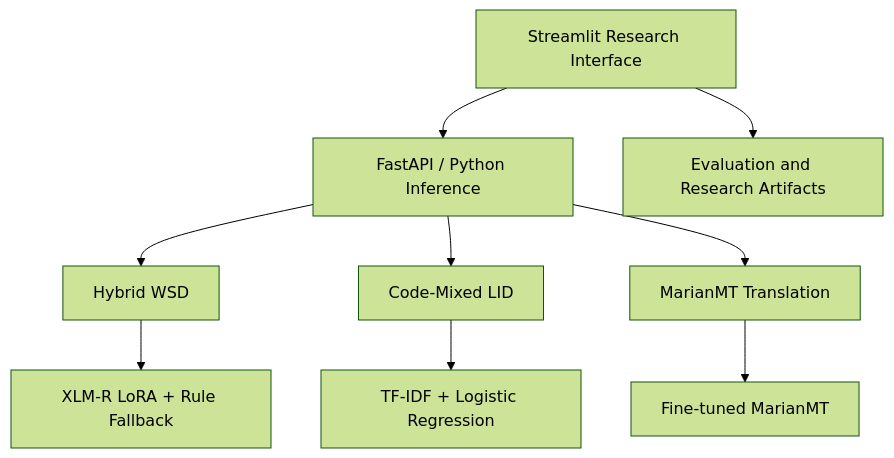
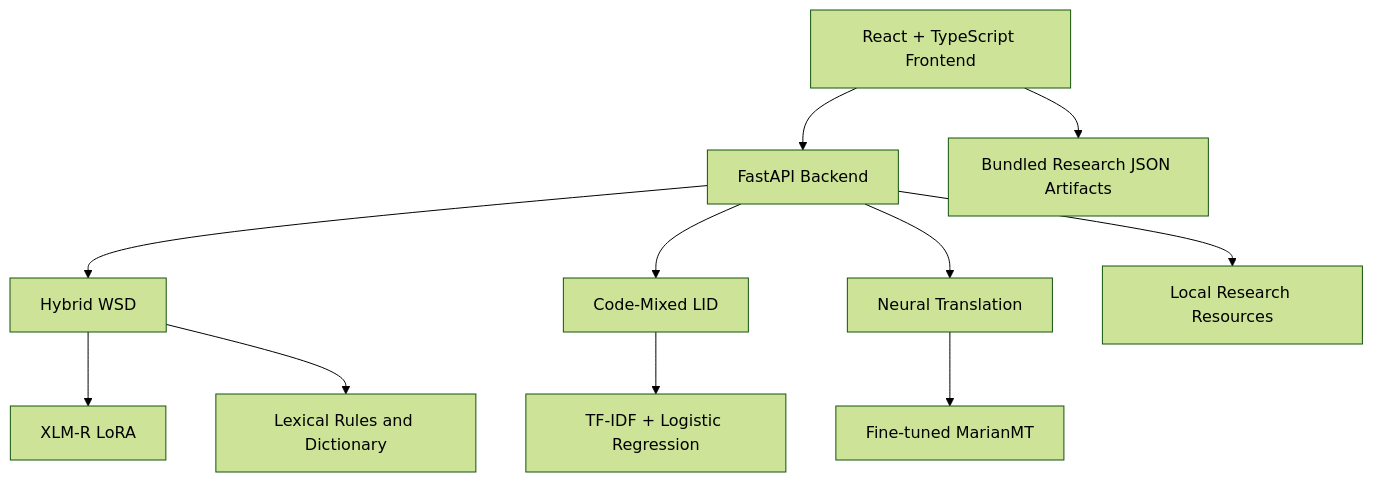
Before and after one commit to SuvratJoshi2275/Contexta: the diagram in README.md, drawn with Mermaid (forest theme). The commit also changed other lines of this file, not shown here.

````diff
--- a/README.md
+++ b/README.md
@@ -82,11 +223,13 @@
 ```mermaid
 flowchart TD
-    A[Streamlit Research Interface] --> B[FastAPI / Python Inference]
+    A[React + TypeScript Frontend] --> B[FastAPI Backend]
     B --> C[Hybrid WSD]
     B --> D[Code-Mixed LID]
-    B --> E[MarianMT Translation]
-    C --> F[XLM-R LoRA + Rule Fallback]
-    D --> G[TF-IDF + Logistic Regression]
-    E --> H[Fine-tuned MarianMT]
-    A --> I[Evaluation and Research Artifacts]
+    B --> E[Neural Translation]
+    C --> F[XLM-R LoRA]
+    C --> G[Lexical Rules and Dictionary]
+    D --> H[TF-IDF + Logistic Regression]
+    E --> I[Fine-tuned MarianMT]
+    A --> J[Bundled Research JSON Artifacts]
+    B --> K[Local Research Resources]
 ```
````
